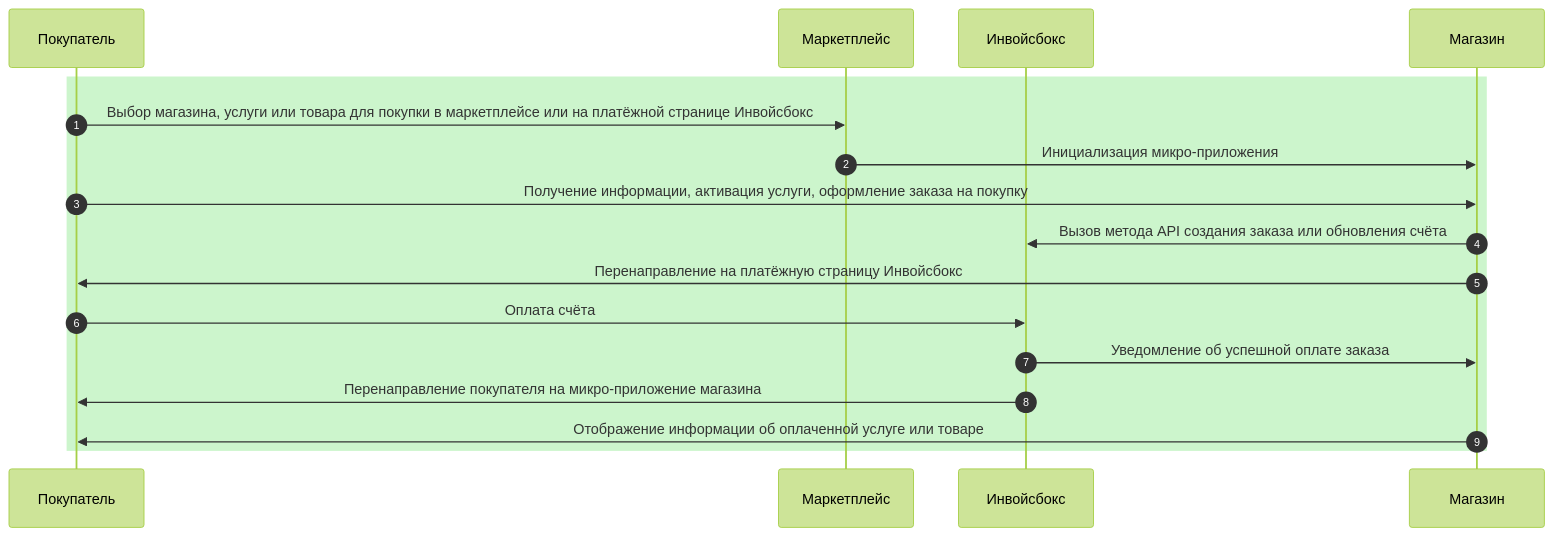
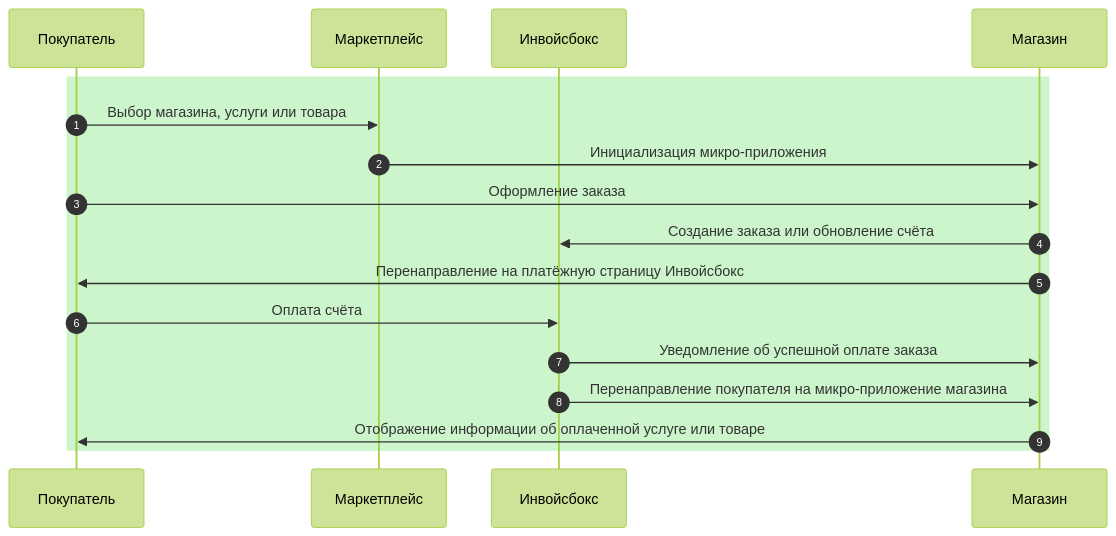
One commit to YIGRIKY/invoicebox-docs changed the diagram in docs/marketplace/schema.md. Above: the diagram before and after it, drawn with Mermaid (forest theme).

Commit message:
Marketplace update

```diff
--- a/docs/marketplace/schema.md
+++ b/docs/marketplace/schema.md
@@ -10,19 +10,19 @@
 <div class="mermaid">
 sequenceDiagram
     autonumber
     participant Покупатель
     participant Маркетплейс
     participant Инвойсбокс
     participant Магазин
     rect rgb(204, 245, 204)
-      Покупатель->>Маркетплейс: Выбор магазина, услуги или товара для покупки в маркетплейсе или на платёжной странице Инвойсбокс
+      Покупатель->>Маркетплейс: Выбор магазина, услуги или товара
       Маркетплейс->>Магазин: Инициализация микро-приложения
-      Покупатель->>Магазин: Получение информации, активация услуги, оформление заказа на покупку
-      Магазин->>Инвойсбокс: Вызов метода API создания заказа или обновления счёта
+      Покупатель->>Магазин: Оформление заказа
+      Магазин->>Инвойсбокс: Создание заказа или обновление счёта
       Магазин->>Покупатель: Перенаправление на платёжную страницу Инвойсбокс
       Покупатель->>Инвойсбокс: Оплата счёта
       Инвойсбокс->>Магазин: Уведомление об успешной оплате заказа
-      Инвойсбокс->>Покупатель: Перенаправление покупателя на микро-приложение магазина
+      Инвойсбокс->>Магазин: Перенаправление покупателя на микро-приложение магазина
       Магазин->>Покупатель: Отображение информации об оплаченной услуге или товаре
     end
 </div>
```
